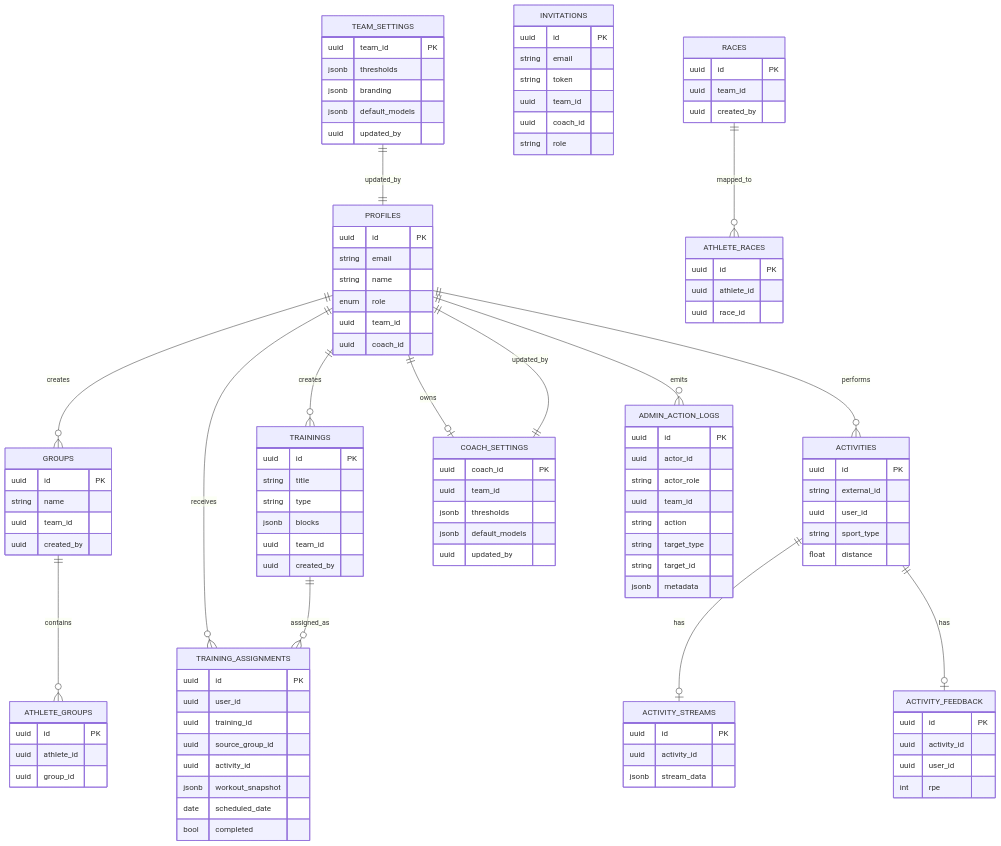
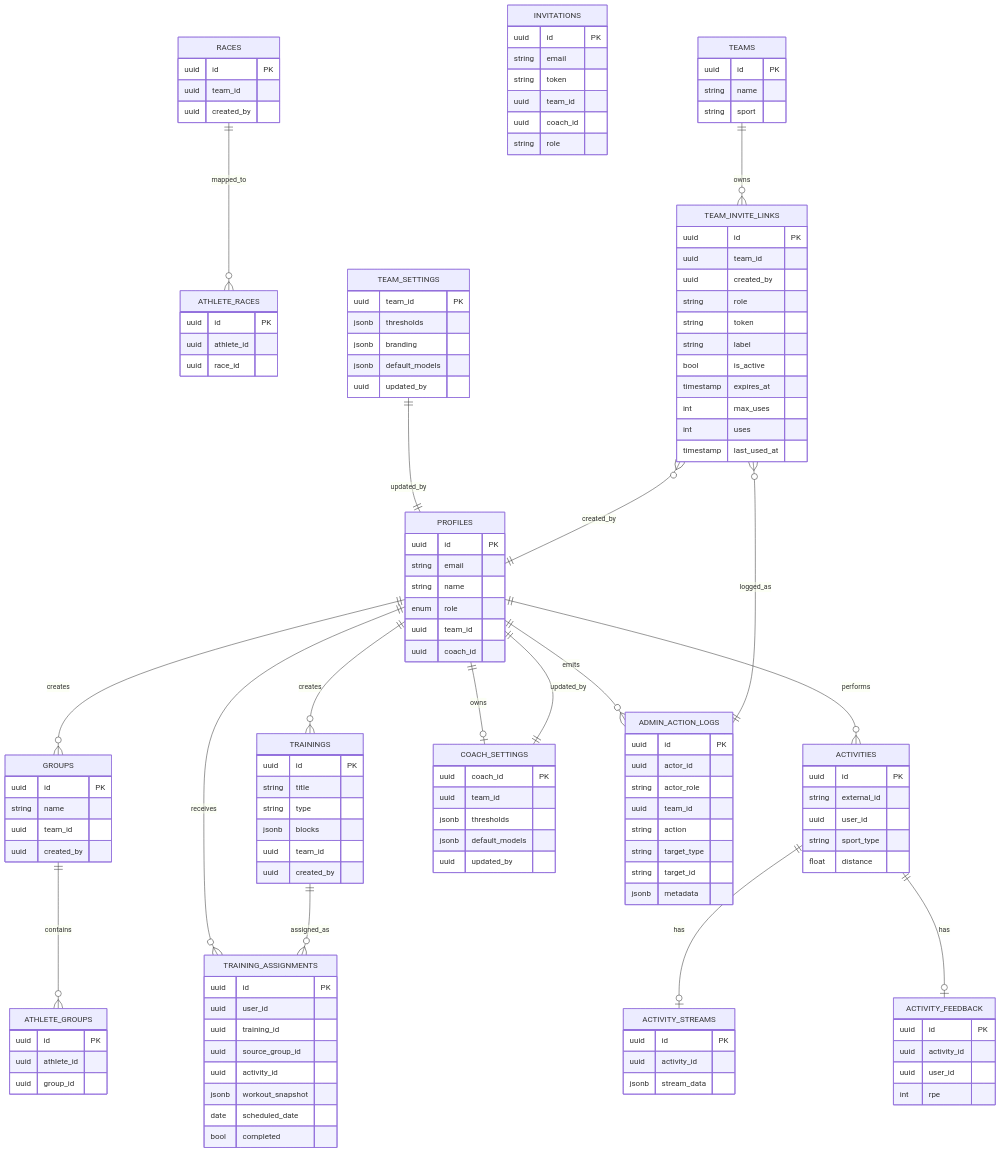
One commit to santiruffino/CoachHub-Running changed the diagram in documentation/models_and_relations.md. Above: the diagram before and after it, drawn with Mermaid. The commit also changed other lines of this file and 55 other files, not shown here.

Commit message:
Add invite link for teams, improve skeletons, changes on workout builder UI

````diff
--- a/documentation/models_and_relations.md
+++ b/documentation/models_and_relations.md
@@ -117,6 +117,26 @@
         jsonb metadata
     }
 
+    TEAMS {
+        uuid id PK
+        string name
+        string sport
+    }
+
+    TEAM_INVITE_LINKS {
+        uuid id PK
+        uuid team_id
+        uuid created_by
+        string role
+        string token
+        string label
+        bool is_active
+        timestamp expires_at
+        int max_uses
+        int uses
+        timestamp last_used_at
+    }
+
     PROFILES ||--o{ GROUPS : creates
     PROFILES ||--o{ TRAININGS : creates
     PROFILES ||--o{ ACTIVITIES : performs
@@ -130,4 +150,7 @@
     PROFILES ||--o{ ADMIN_ACTION_LOGS : emits
     TEAM_SETTINGS ||--|| PROFILES : updated_by
     COACH_SETTINGS ||--|| PROFILES : updated_by
+    TEAMS ||--o{ TEAM_INVITE_LINKS : owns
+    TEAM_INVITE_LINKS }o--|| PROFILES : created_by
+    TEAM_INVITE_LINKS }o--|| ADMIN_ACTION_LOGS : logged_as
 ```
````
